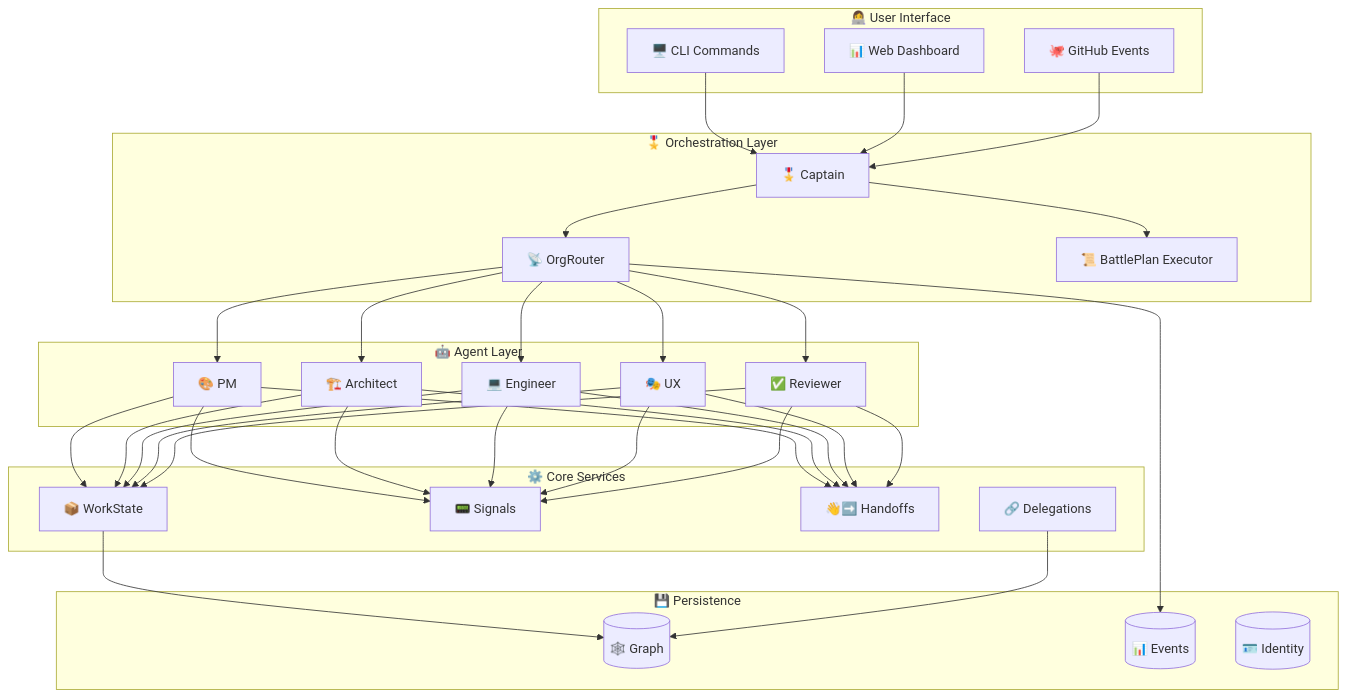
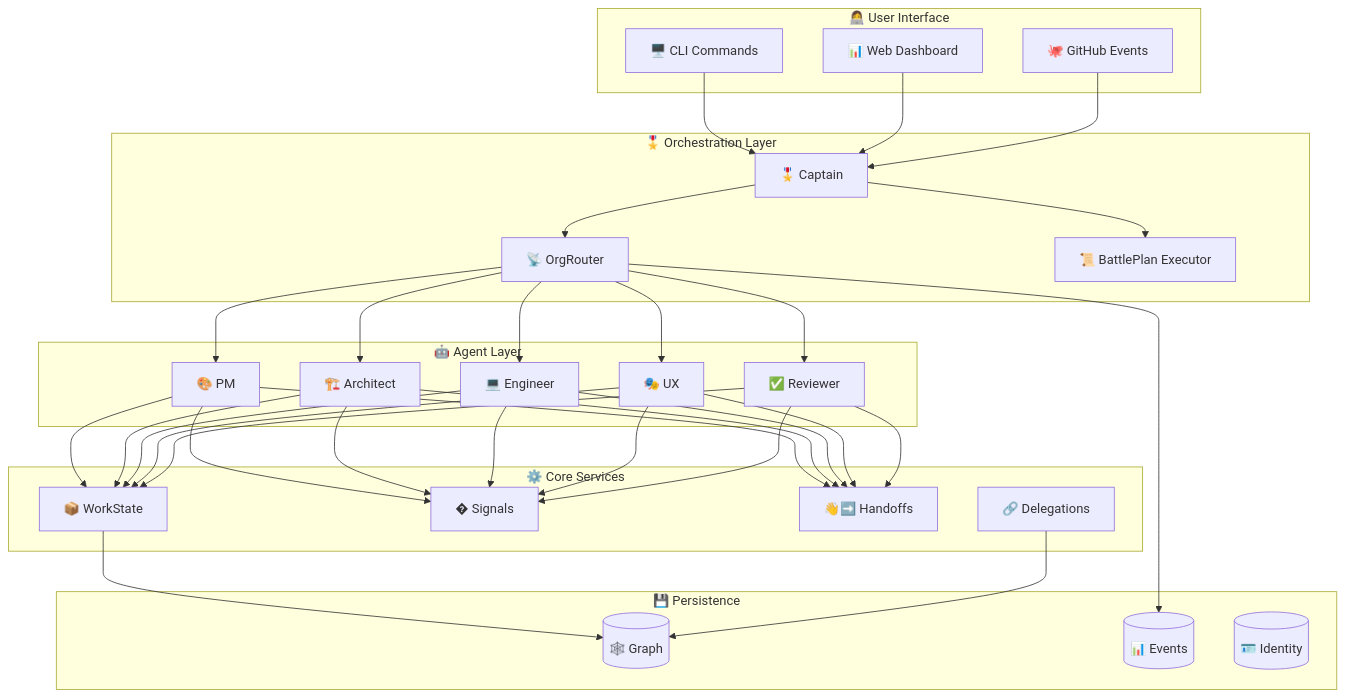
Before and after one commit to jnPiyush/AI-Squad: the seventh of 7 diagrams in README.md, drawn with Mermaid. The commit also changed other lines of this file, not shown here.

Commit message:
Update Signal emoji to antenna bars (📶)

````diff
--- a/README.md
+++ b/README.md
@@ -530,43 +530,43 @@
 ```mermaid
 graph TB
     subgraph "👩‍💻 User Interface"
         CLI["🖥️ CLI Commands"]
         Dashboard["📊 Web Dashboard"]
         GH["🐙 GitHub Events"]
     end
     
     subgraph "🎖️ Orchestration Layer"
         Captain["🎖️ Captain"]
         Router["📡 OrgRouter"]
         BPE["📜 BattlePlan Executor"]
     end
     
     subgraph "🤖 Agent Layer"
         PM["🎨 PM"]
         Arch["🏗️ Architect"]
         Eng["💻 Engineer"]
         UX["🎭 UX"]
         Rev["✅ Reviewer"]
     end
     
     subgraph "⚙️ Core Services"
         WS["📦 WorkState"]
-        Signal["📟 Signals"]
+        Signal["� Signals"]
         Handoff["👋➡️ Handoffs"]
         Del["🔗 Delegations"]
     end
     
     subgraph "💾 Persistence"
         Graph[("🕸️ Graph")]
         Events[("📊 Events")]
         Identity[("🪪 Identity")]
     end
     
     CLI & Dashboard & GH --> Captain
     Captain --> Router --> PM & Arch & Eng & UX & Rev
     Captain --> BPE
     PM & Arch & Eng & UX & Rev --> WS & Signal & Handoff
     WS --> Graph
     Del --> Graph
     Router --> Events
 ```
````
